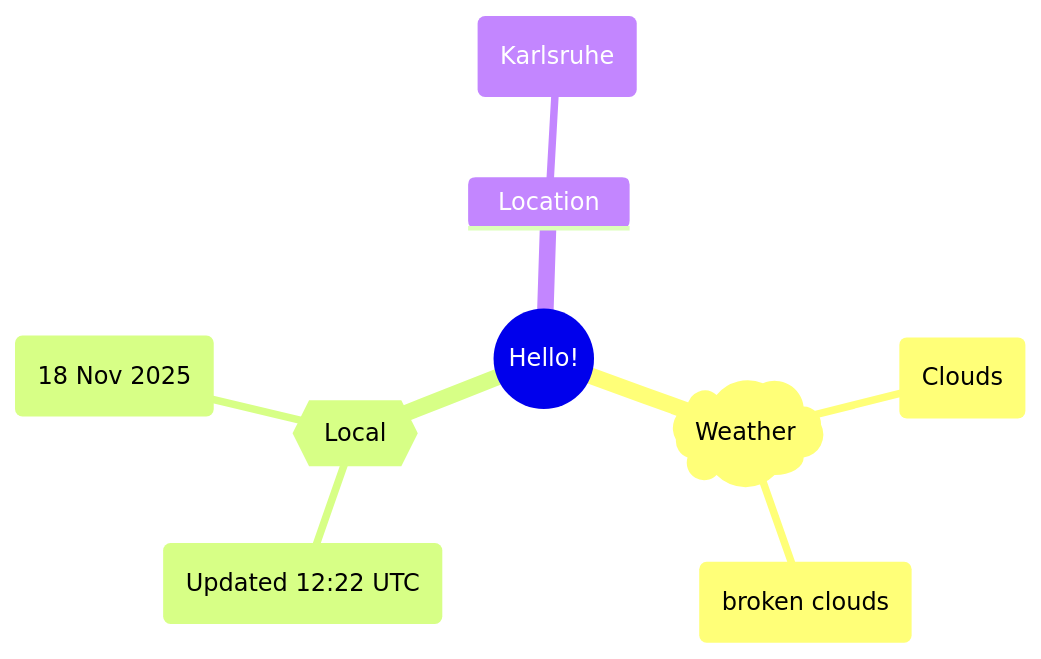
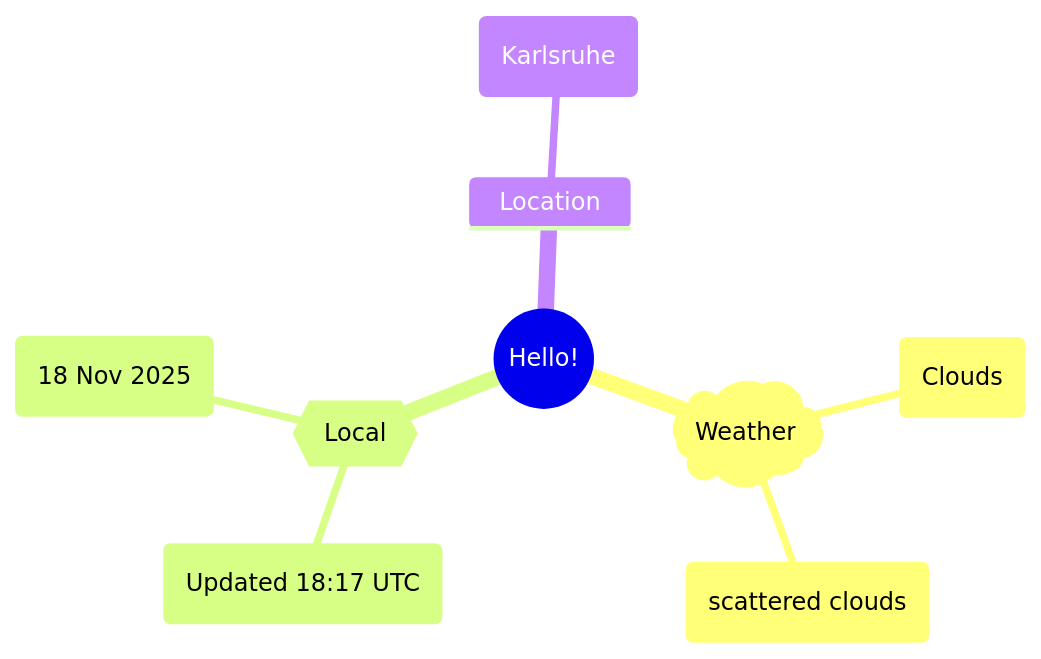
One commit to Xosrov/Xosrov changed the first of 2 diagrams in README.md. Above: the diagram before and after it, drawn with Mermaid.

Commit message:
[bot] updated images

````diff
--- a/README.md
+++ b/README.md
@@ -3,12 +3,12 @@
 ```mermaid
 mindmap
   root((Hello!))
     )Weather(
         (Clouds)
-        (broken clouds)
+        (scattered clouds)
     {{Local}}
-        (Updated 12:22 UTC)
+        (Updated 18:17 UTC)
         (18 Nov 2025)
     Location
         (Karlsruhe)
 ```
````
